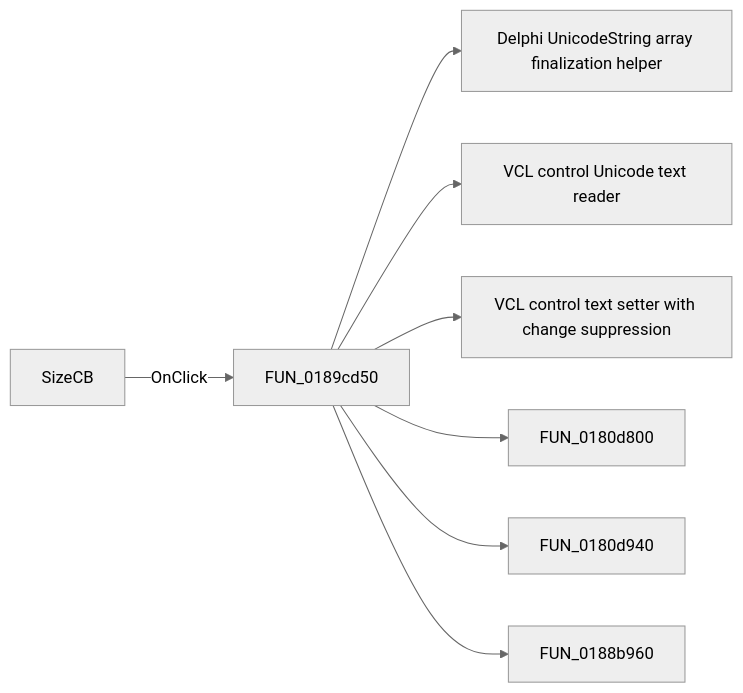
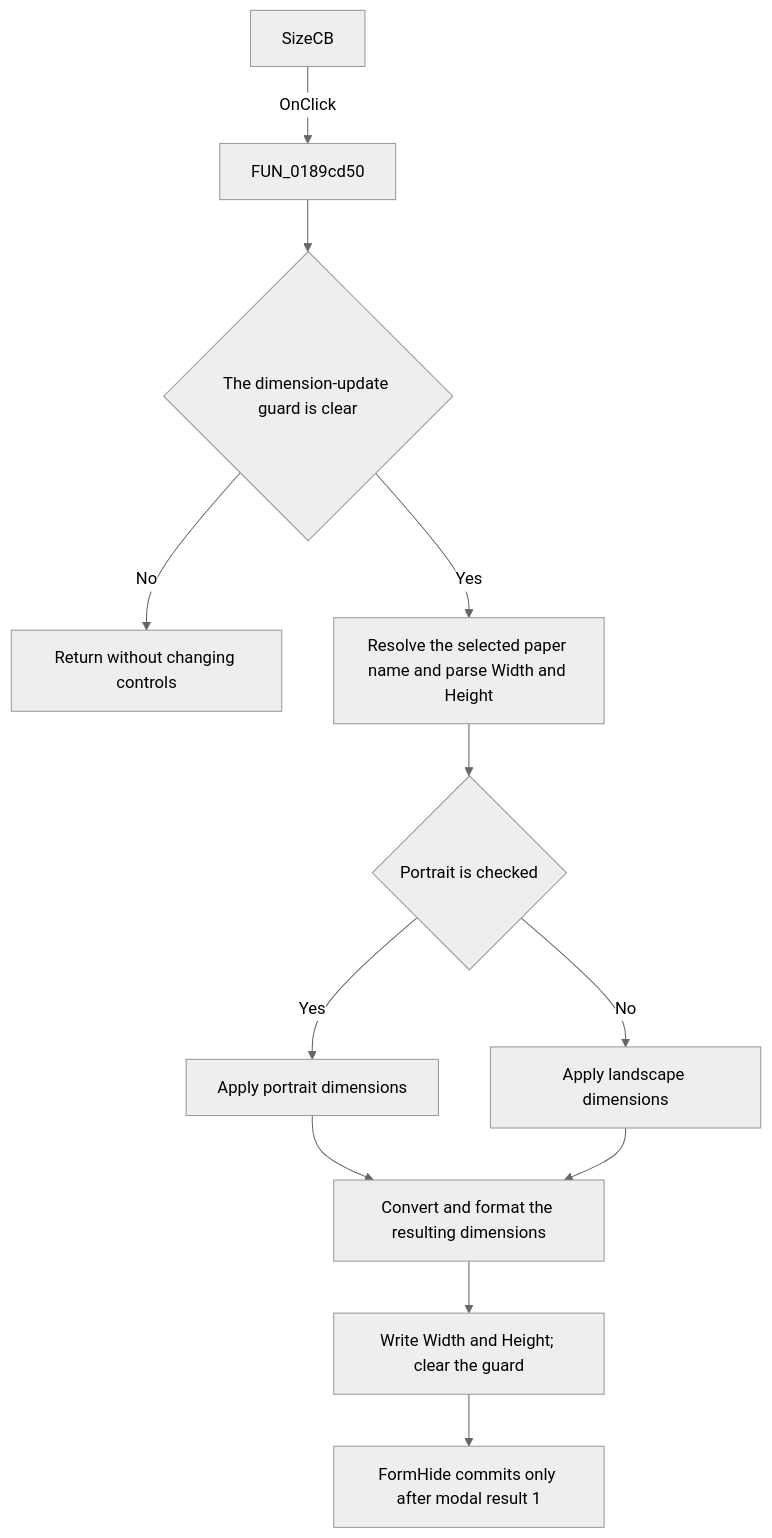
The diagram in docs/ui-controls/frxpagesettingsform/sizecb-28dc9a5e2f.md (MovGP0/TIARA), drawn with Mermaid (neutral theme) before and after one commit. The commit also changed other lines of this file and 387 other files, not shown here.

````diff
--- a/docs/ui-controls/frxpagesettingsform/sizecb-28dc9a5e2f.md
+++ b/docs/ui-controls/frxpagesettingsform/sizecb-28dc9a5e2f.md
@@ -27,10 +56,14 @@
 ```mermaid
-flowchart LR
+flowchart TD
     control["SizeCB"] -->|OnClick| handler["FUN_0189cd50"]
-    handler --> call1["Delphi UnicodeString array finalization helper"]
-    handler --> call2["VCL control Unicode text reader"]
-    handler --> call3["VCL control text setter with change suppression"]
-    handler --> call4["FUN_0180d800"]
-    handler --> call5["FUN_0180d940"]
-    handler --> call6["FUN_0188b960"]
+    handler --> guard{"The dimension-update guard is clear"}
+    guard -->|No| noChange["Return without changing controls"]
+    guard -->|Yes| resolve["Resolve the selected paper name and parse Width and Height"]
+    resolve --> orientation{"Portrait is checked"}
+    orientation -->|Yes| portrait["Apply portrait dimensions"]
+    orientation -->|No| landscape["Apply landscape dimensions"]
+    portrait --> format["Convert and format the resulting dimensions"]
+    landscape --> format
+    format --> edits["Write Width and Height; clear the guard"]
+    edits --> later["FormHide commits only after modal result 1"]
 ```
````
